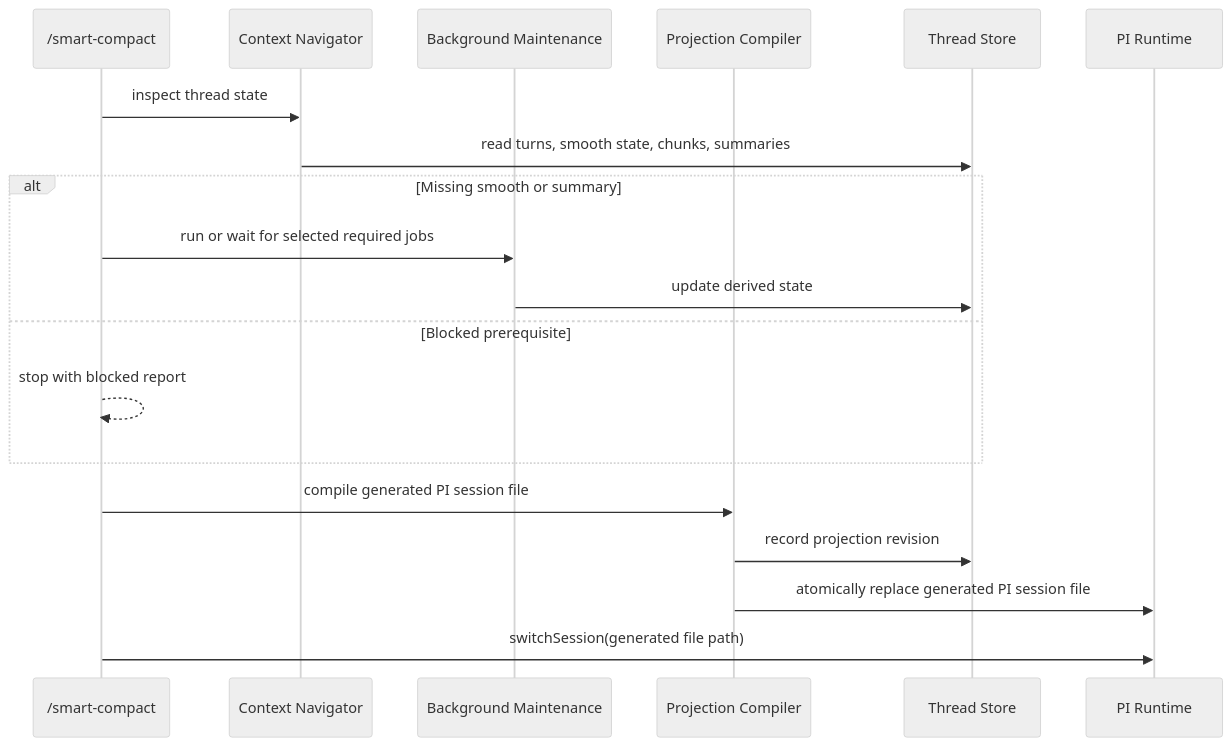
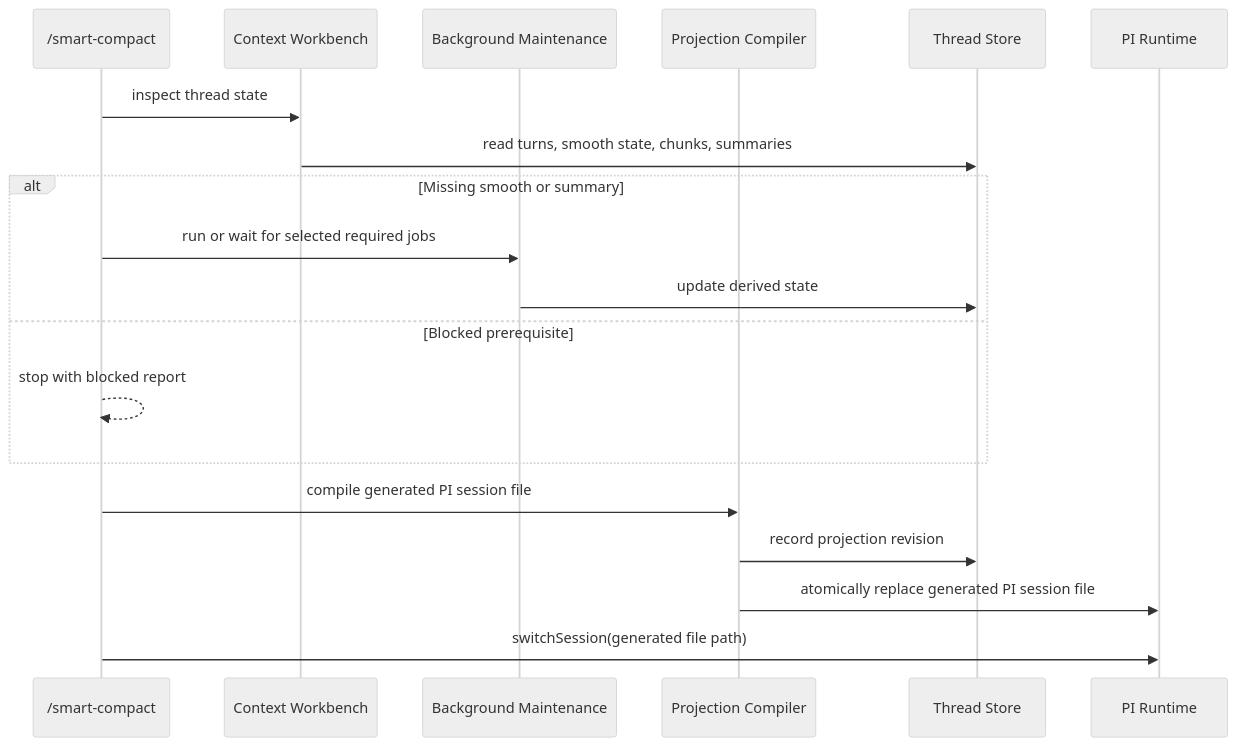
Before and after one commit to liminal-ai/pi-long-horizon: the fourth of 4 diagrams in docs/spec-build/technical-architecture.md, drawn with Mermaid (neutral theme). The commit also changed other lines of this file and 14 other files, not shown here.

First line of the commit message:
Epic 2: Context Workbench spec pack with tech design, stories, and Feature 3 addendum

````diff
--- a/docs/spec-build/technical-architecture.md
+++ b/docs/spec-build/technical-architecture.md
@@ -284,22 +284,22 @@
 ```mermaid
 sequenceDiagram
     participant Cmd as /smart-compact
-    participant Nav as Context Navigator
+    participant Nav as Context Workbench
     participant Jobs as Background Maintenance
     participant Compiler as Projection Compiler
     participant Store as Thread Store
     participant PI as PI Runtime
 
     Cmd->>Nav: inspect thread state
     Nav->>Store: read turns, smooth state, chunks, summaries
     alt Missing smooth or summary
         Cmd->>Jobs: run or wait for selected required jobs
         Jobs->>Store: update derived state
     else Blocked prerequisite
         Cmd-->>Cmd: stop with blocked report
     end
     Cmd->>Compiler: compile generated PI session file
     Compiler->>Store: record projection revision
     Compiler->>PI: atomically replace generated PI session file
     Cmd->>PI: switchSession(generated file path)
 ```
````
